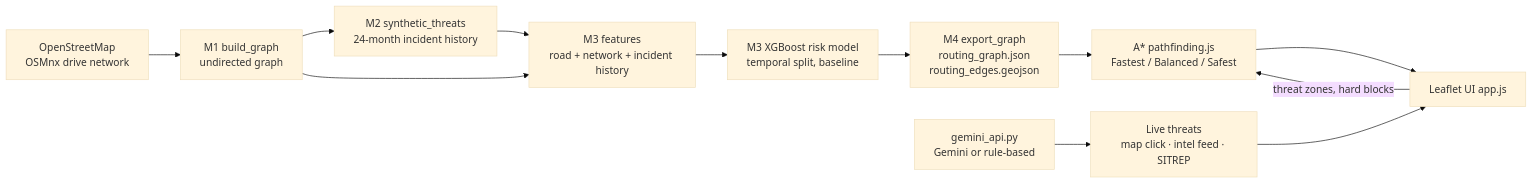
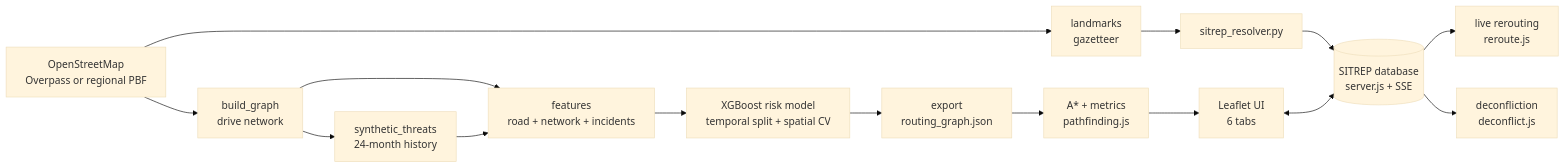
The diagram in README.md (xraybaki/final-project-2), drawn with Mermaid (base theme) before and after one commit. The commit also changed other lines of this file and 17 other files, not shown here.

````diff
--- a/README.md
+++ b/README.md
@@ -36,14 +188,17 @@
 ```mermaid
 flowchart LR
-    OSM[OpenStreetMap<br/>OSMnx drive network] --> G[M1 build_graph<br/>undirected graph]
-    G --> SYN[M2 synthetic_threats<br/>24-month incident history]
-    G --> F[M3 features<br/>road + network + incident history]
+    OSM[OpenStreetMap<br/>Overpass or regional PBF] --> G[build_graph<br/>drive network]
+    OSM --> LM[landmarks<br/>gazetteer]
+    G --> SYN[synthetic_threats<br/>24-month history]
+    G --> F[features<br/>road + network + incidents]
     SYN --> F
-    F --> ML[M3 XGBoost risk model<br/>temporal split, baseline]
-    ML --> W[M4 export_graph<br/>routing_graph.json<br/>routing_edges.geojson]
-    W --> A[A* pathfinding.js<br/>Fastest / Balanced / Safest]
-    A --> UI[Leaflet UI app.js]
-    LT[Live threats<br/>map click · intel feed · SITREP] --> UI
-    UI -->|threat zones, hard blocks| A
-    SITREP[gemini_api.py<br/>Gemini or rule-based] --> LT
+    F --> ML[XGBoost risk model<br/>temporal split + spatial CV]
+    ML --> W[export<br/>routing_graph.json]
+    W --> A[A* + metrics<br/>pathfinding.js]
+    A --> UI[Leaflet UI<br/>6 tabs]
+    LM --> SR[sitrep_resolver.py]
+    SR --> DB[(SITREP database<br/>server.js + SSE)]
+    UI <--> DB
+    DB --> RR[live rerouting<br/>reroute.js]
+    DB --> DC[deconfliction<br/>deconflict.js]
 ```
````
